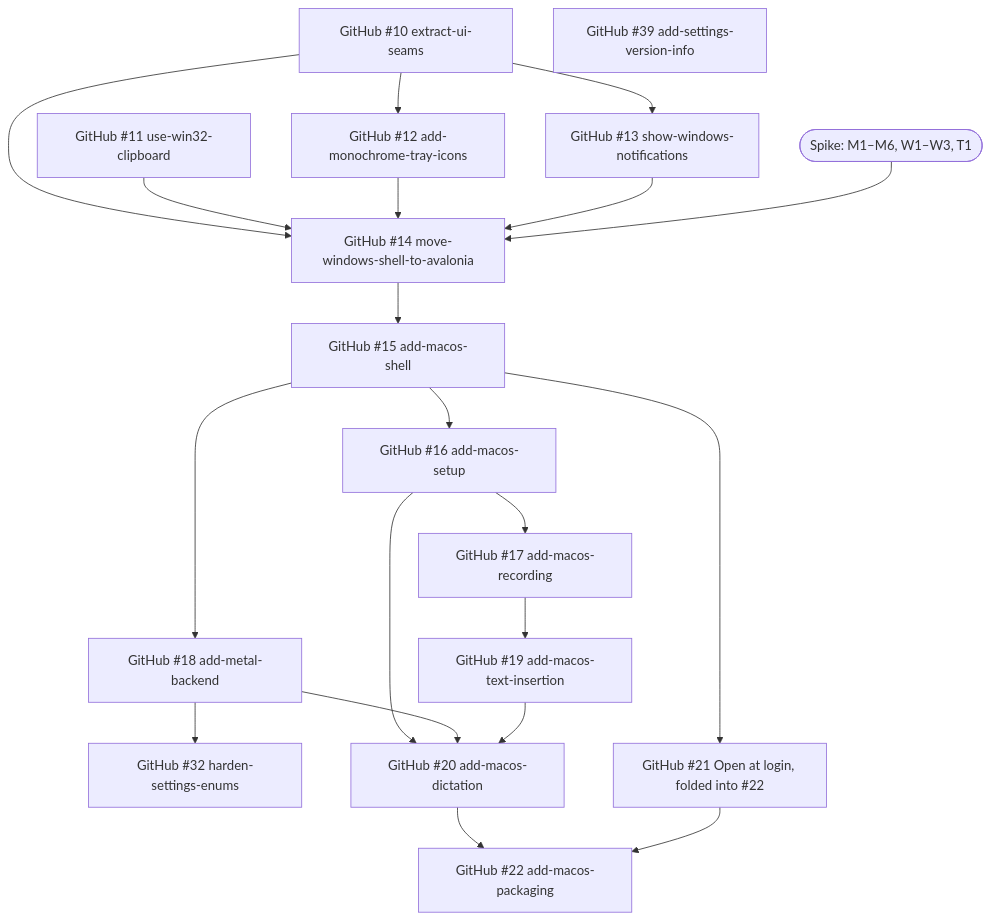
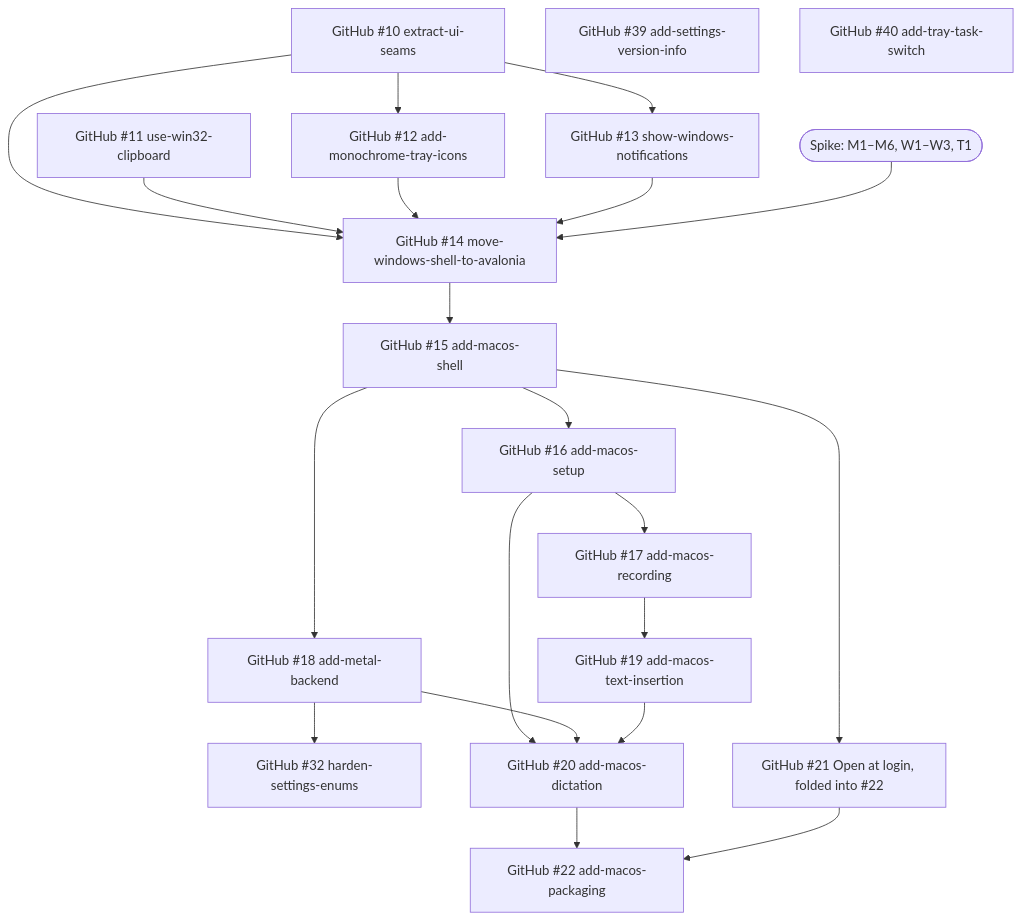
The second of 2 diagrams in docs/roadmap.md (mschnecke/pisum-transcribe), drawn with Mermaid before and after one commit. The commit also changed other lines of this file and 24 other files, not shown here.

First line of the commit message:
add-tray-task-switch (#40): transcribe or translate from the tray menu (#43)

````diff
--- a/docs/roadmap.md
+++ b/docs/roadmap.md
@@ -77,23 +77,24 @@
 ```mermaid
 graph TD
     G10["GitHub #10 extract-ui-seams"] --> G12["GitHub #12 add-monochrome-tray-icons"]
     G10 --> G13["GitHub #13 show-windows-notifications"]
     G10 --> G14["GitHub #14 move-windows-shell-to-avalonia"]
     G11["GitHub #11 use-win32-clipboard"] --> G14
     G12 --> G14
     G13 --> G14
     SP(["Spike: M1–M6, W1–W3, T1"]) --> G14
     G14 --> G15["GitHub #15 add-macos-shell"]
     G15 --> G16["GitHub #16 add-macos-setup"]
     G16 --> G17["GitHub #17 add-macos-recording"]
     G15 --> G18["GitHub #18 add-metal-backend"]
     G18 --> G32["GitHub #32 harden-settings-enums"]
     G39["GitHub #39 add-settings-version-info"]
+    G40["GitHub #40 add-tray-task-switch"]
     G15 --> G21["GitHub #21 Open at login, folded into #22"]
     G17 --> G19["GitHub #19 add-macos-text-insertion"]
     G16 --> G20["GitHub #20 add-macos-dictation"]
     G18 --> G20
     G19 --> G20
     G20 --> G22["GitHub #22 add-macos-packaging"]
     G21 --> G22
 ```
````
